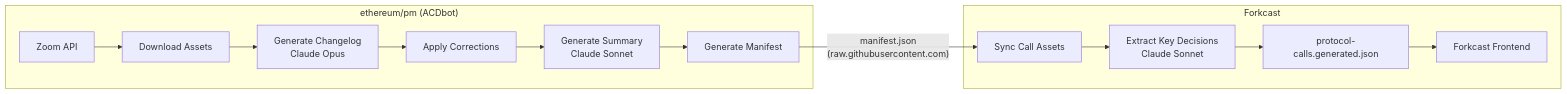
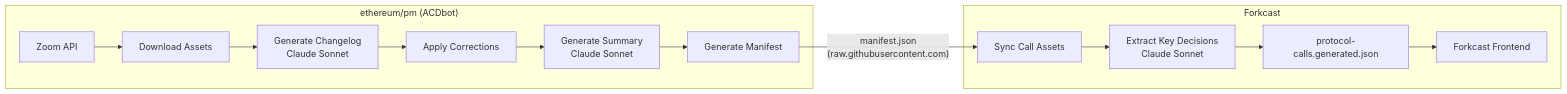
The diagram in docs/acdbot-forkcast-asset-pipeline.md (ethereum/forkcast), drawn with Mermaid before and after one commit. The commit also changed other lines of this file, not shown here.

````diff
--- a/docs/acdbot-forkcast-asset-pipeline.md
+++ b/docs/acdbot-forkcast-asset-pipeline.md
@@ -7,18 +7,18 @@
 ```mermaid
 flowchart LR
     subgraph PM["ethereum/pm (ACDbot)"]
         Z[Zoom API] --> D[Download Assets]
-        D --> CL[Generate Changelog<br/>Claude Opus]
+        D --> CL[Generate Changelog<br/>Claude Sonnet]
         CL --> AC[Apply Corrections]
         AC --> S[Generate Summary<br/>Claude Sonnet]
         S --> M[Generate Manifest]
     end
 
     subgraph FC["Forkcast"]
         SY[Sync Call Assets] --> KD[Extract Key Decisions<br/>Claude Sonnet]
         KD --> PC[protocol-calls.generated.json]
         PC --> APP[Forkcast Frontend]
     end
 
     M -- "manifest.json<br/>(raw.githubusercontent.com)" --> SY
 ```
````
